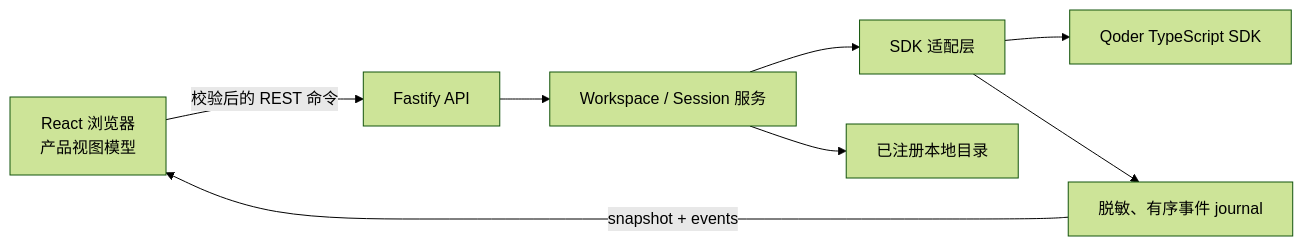
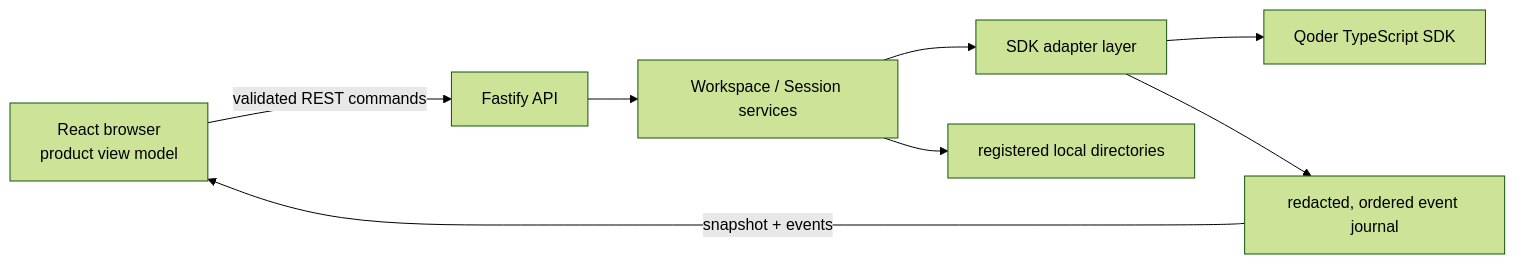
Before and after one commit to QoderAI/qoder-agent-sdk-samples: the diagram in typescript/web-ui-showcase/README.md, drawn with Mermaid (forest theme). The commit also changed other lines of this file and 4 other files, not shown here.

````diff
--- a/typescript/web-ui-showcase/README.md
+++ b/typescript/web-ui-showcase/README.md
@@ -99,10 +99,10 @@
 ```mermaid
 flowchart LR
-  Browser["React 浏览器\n产品视图模型"] -->|校验后的 REST 命令| API["Fastify API"]
-  API --> Services["Workspace / Session 服务"]
-  Services --> Adapters["SDK 适配层"]
+  Browser["React browser\nproduct view model"] -->|validated REST commands| API["Fastify API"]
+  API --> Services["Workspace / Session services"]
+  Services --> Adapters["SDK adapter layer"]
   Adapters --> SDK["Qoder TypeScript SDK"]
-  Adapters --> Journal["脱敏、有序事件 journal"]
+  Adapters --> Journal["redacted, ordered event journal"]
   Journal -->|snapshot + events| Browser
-  Services --> Files["已注册本地目录"]
+  Services --> Files["registered local directories"]
 ```
````
